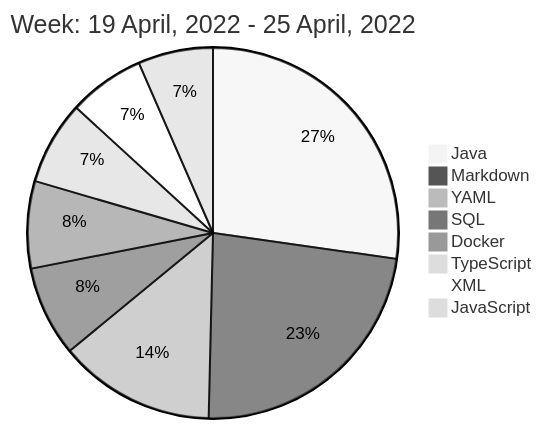
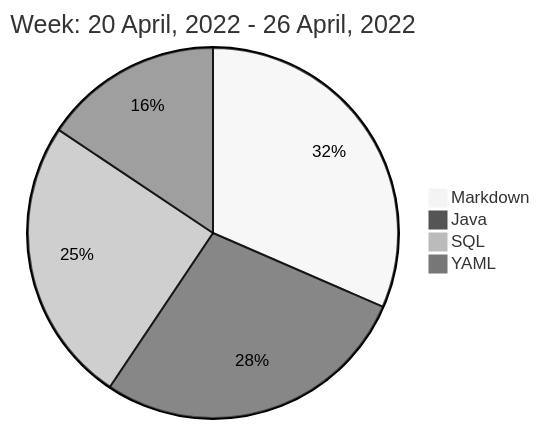
One commit to liubin95/liubin95 changed the diagram in README.md. Above: the diagram before and after it, drawn with Mermaid (neutral theme).

Commit message:
Updated the Graph with new Metrics

````diff
--- a/README.md
+++ b/README.md
@@ -40,12 +40,8 @@
 ```mermaid
  pie
-title Week: 19 April, 2022 - 25 April, 2022
- "Java" : 5.12
- "Markdown" : 4.35
- "YAML" : 2.57
- "SQL" : 1.48
- "Docker" : 1.43
- "TypeScript" : 1.37
- "XML" : 1.25
- "JavaScript" : 1.23
+title Week: 20 April, 2022 - 26 April, 2022
+ "Markdown" : 4.58
+ "Java" : 4.05
+ "SQL" : 3.63
+ "YAML" : 2.27
 ```
````
